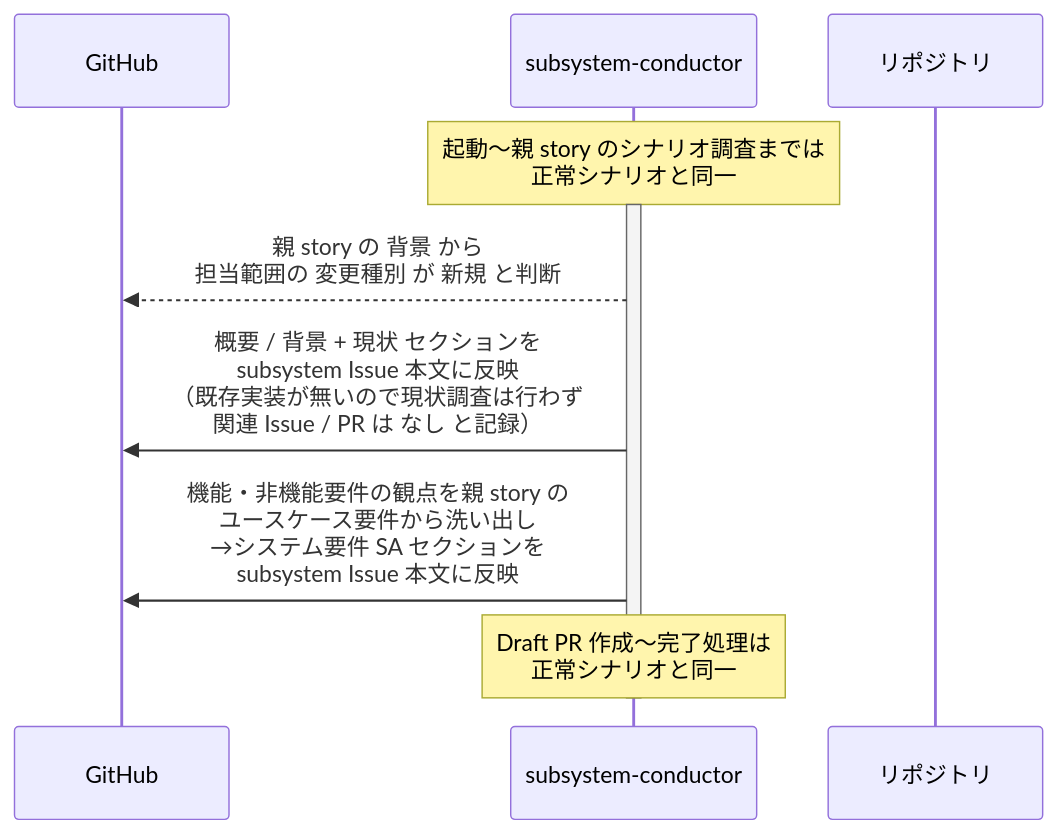
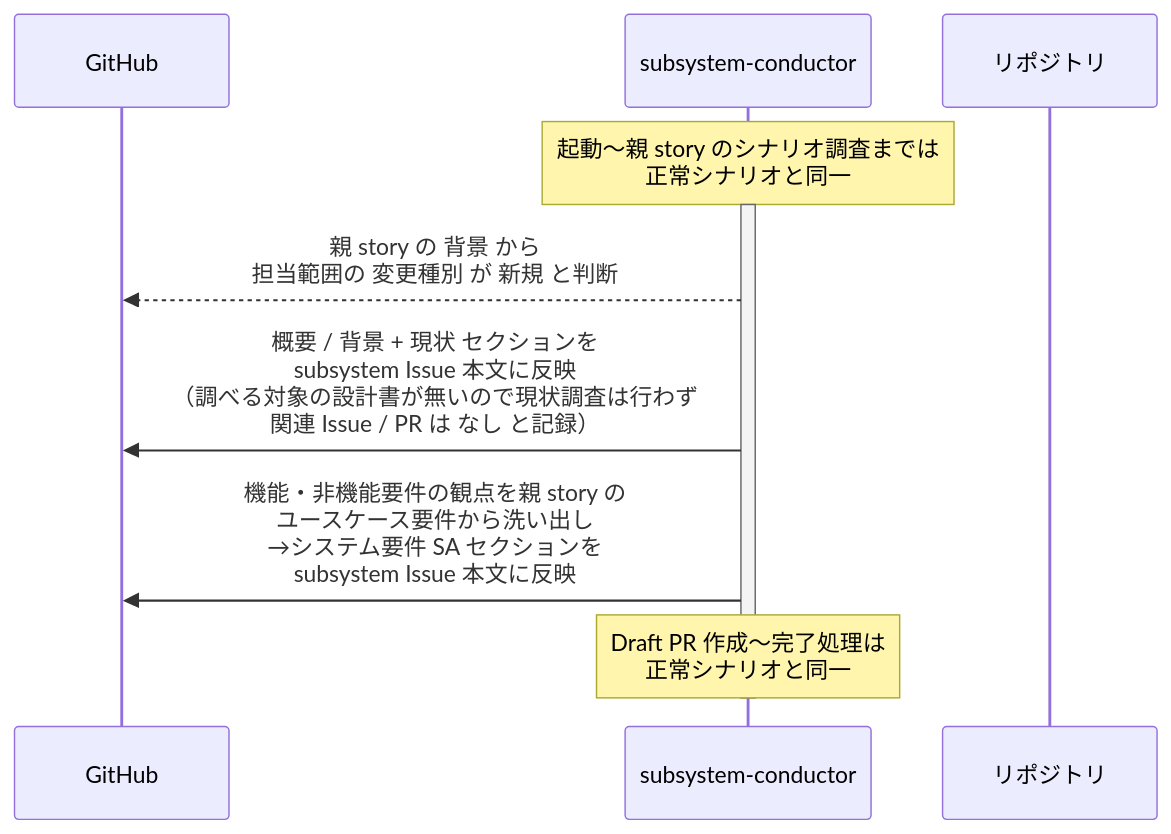
One commit to shuhei1101/ai-monitor changed the second of 3 diagrams in docs/wiki/設計図/シナリオ/単一ユースケース/subsystem要件確定.md. Above: the diagram before and after it, drawn with Mermaid. The commit also changed other lines of this file and 2 other files, not shown here.

````diff
--- a/docs/wiki/設計図/シナリオ/単一ユースケース/subsystem要件確定.md
+++ b/docs/wiki/設計図/シナリオ/単一ユースケース/subsystem要件確定.md
@@ -108,14 +108,14 @@
 ```mermaid
 sequenceDiagram
   participant GH as GitHub
   participant MON as subsystem-conductor
   participant REPO as リポジトリ
 
   Note over MON: 起動〜親 story のシナリオ調査までは<br>正常シナリオと同一
   activate MON
   MON-->>GH: 親 story の 背景 から<br>担当範囲の 変更種別 が 新規 と判断
-  MON->>GH: 概要 / 背景 + 現状 セクションを<br>subsystem Issue 本文に反映<br>（既存実装が無いので現状調査は行わず<br>関連 Issue / PR は なし と記録）
+  MON->>GH: 概要 / 背景 + 現状 セクションを<br>subsystem Issue 本文に反映<br>（調べる対象の設計書が無いので現状調査は行わず<br>関連 Issue / PR は なし と記録）
   MON->>GH: 機能・非機能要件の観点を親 story の<br>ユースケース要件から洗い出し<br>→システム要件 SA セクションを<br>subsystem Issue 本文に反映
   Note over MON: Draft PR 作成〜完了処理は<br>正常シナリオと同一
   deactivate MON
 ```
````
